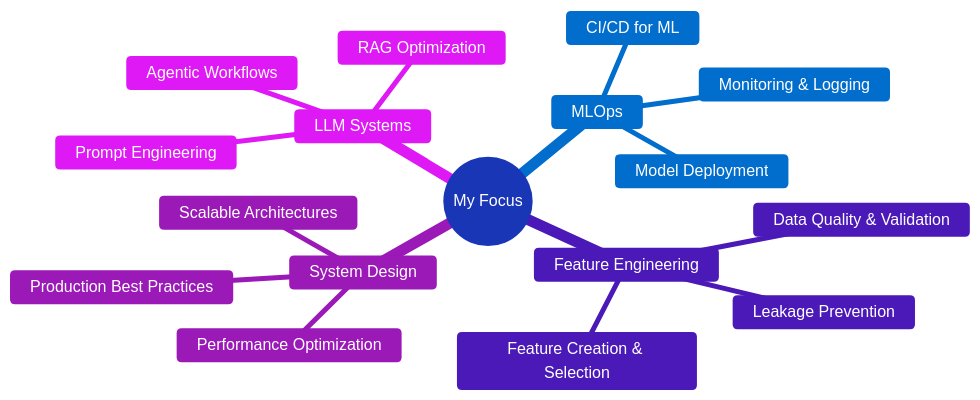
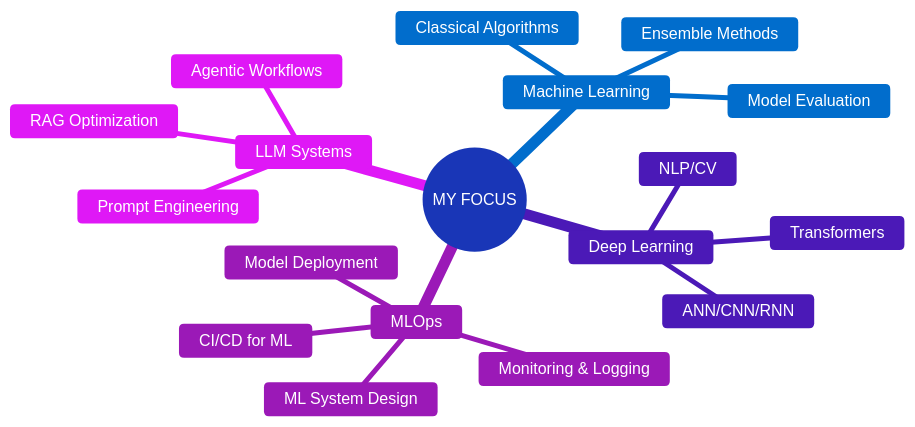
One commit to SatishShabade004/satish_profile changed the diagram in README.md. Above: the diagram before and after it, drawn with Mermaid.

Commit message:
Revise focus areas and update mermaid theme settings
Updated the focus areas in the README to include additional topics and modified the theme settings for the mermaid diagram.

````diff
--- a/README.md
+++ b/README.md
@@ -271,22 +271,23 @@
 ```mermaid
-%%{init: {'theme':'base', 'themeVariables': { 'primaryColor':'#667eea','primaryTextColor':'#fff','primaryBorderColor':'#667eea','lineColor':'#764ba2','secondaryColor':'#f093fb','tertiaryColor':'#4facfe','noteBkgColor':'#43e97b','noteTextColor':'#fff'}}}%%
+%%{init: {'theme':'base', 'themeVariables': { 'background':'#000000','primaryColor':'#667eea','primaryTextColor':'#fff','primaryBorderColor':'#667eea','lineColor':'#764ba2','secondaryColor':'#f093fb','tertiaryColor':'#4facfe','noteBkgColor':'#43e97b','noteTextColor':'#fff','mainBkg':'#000000','secondBkg':'#000000','tertiaryBkg':'#000000','clusterBkg':'#000000'}}}%%
 mindmap
-  root((My Focus))
+  root((MY FOCUS))
     LLM Systems
       Agentic Workflows
       RAG Optimization
       Prompt Engineering
+    Machine Learning
+      Classical Algorithms
+      Ensemble Methods
+      Model Evaluation
+    Deep Learning
+      NLP/CV
+      ANN/CNN/RNN
+      Transformers 
     MLOps
       Model Deployment
       Monitoring & Logging
       CI/CD for ML
-    Feature Engineering
-      Feature Creation & Selection
-      Leakage Prevention
-      Data Quality & Validation
-    System Design
-      Scalable Architectures
-      Performance Optimization
-      Production Best Practices
+      ML System Design
 
 ```
````
